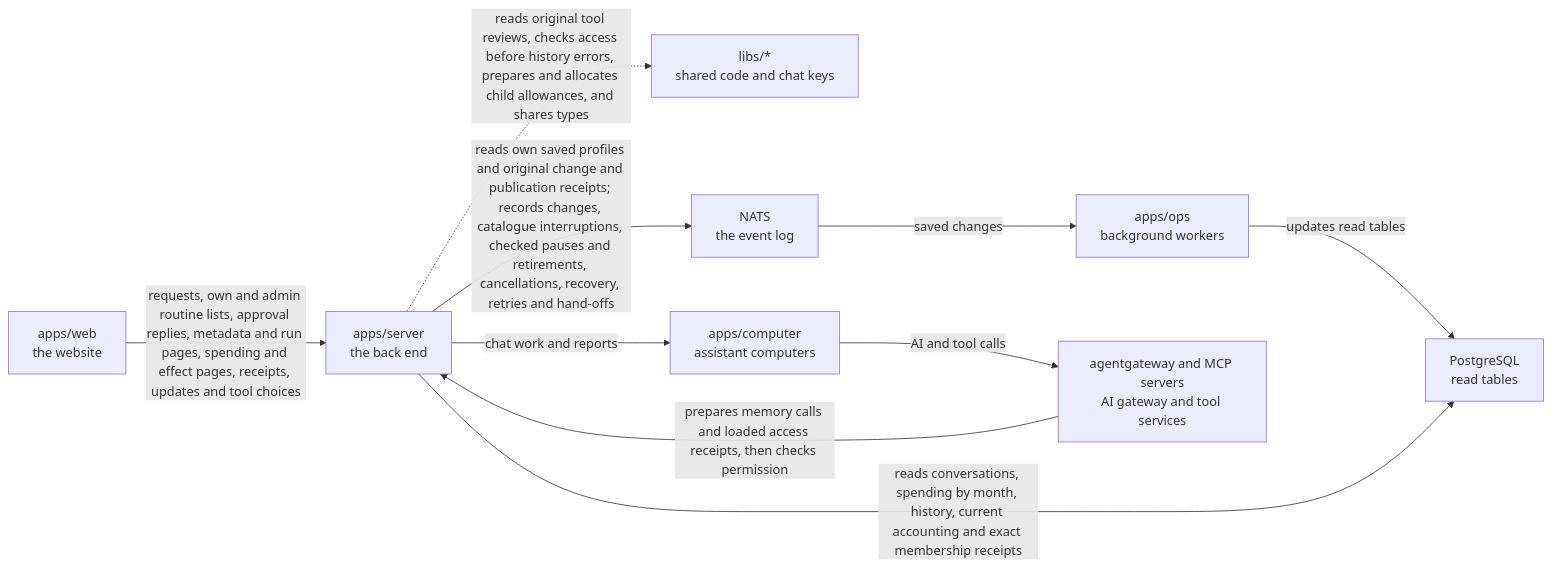
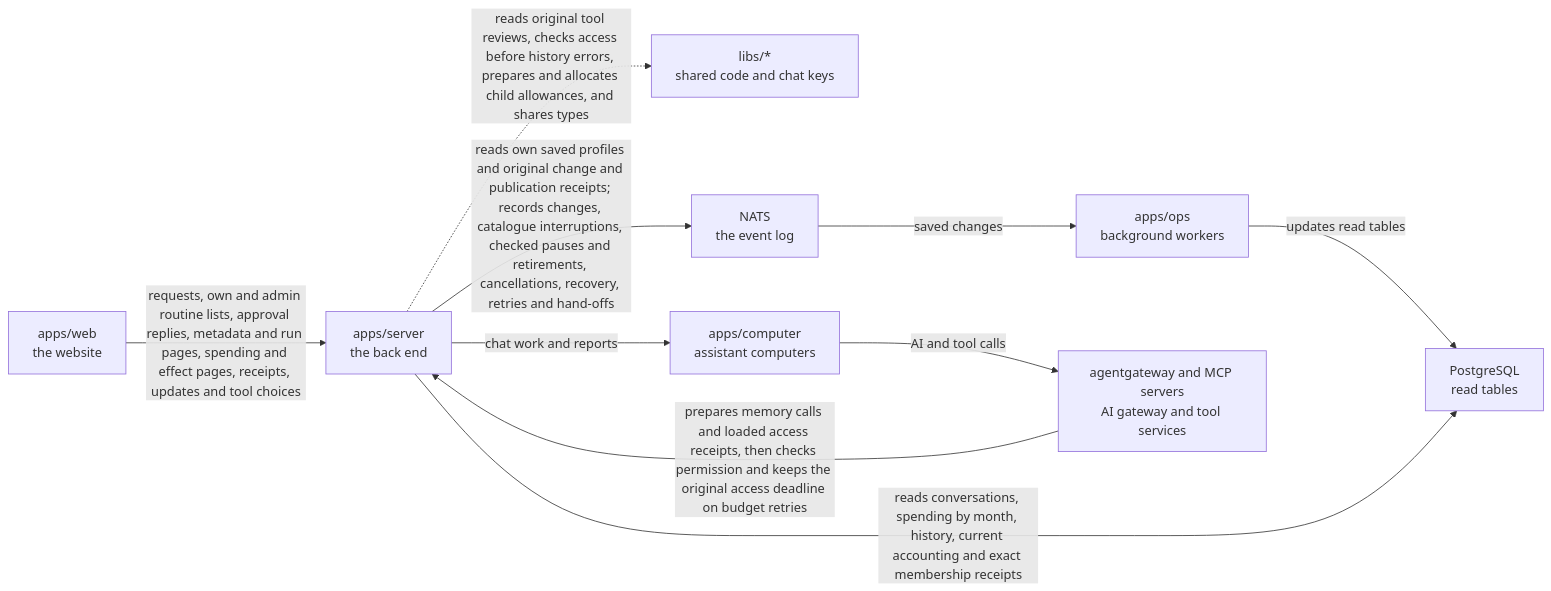
Before and after one commit to elewa-git/opencrane-new: the diagram in apps/server/README.md, drawn with Mermaid. The commit also changed other lines of this file and 5 other files, not shown here.

````diff
--- a/apps/server/README.md
+++ b/apps/server/README.md
@@ -60,12 +60,12 @@
 ```mermaid
 flowchart LR
   web["apps/web<br/>the website"] -->|requests, own and admin routine lists, approval replies, metadata and run pages, spending and effect pages, receipts, updates and tool choices| server["apps/server<br/>the back end"]
   server -.->|reads original tool reviews, checks access before history errors, prepares and allocates child allowances, and shares types| libs["libs/*<br/>shared code and chat keys"]
   server -->|reads own saved profiles and original change and publication receipts; records changes, catalogue interruptions, checked pauses and retirements, cancellations, recovery, retries and hand-offs| nats["NATS<br/>the event log"]
   nats -->|saved changes| ops["apps/ops<br/>background workers"]
   ops -->|updates read tables| postgres["PostgreSQL<br/>read tables"]
   server -->|reads conversations, spending by month, history, current accounting and exact membership receipts| postgres
   server -->|chat work and reports| computer["apps/computer<br/>assistant computers"]
   computer -->|AI and tool calls| runtime["agentgateway and MCP servers<br/>AI gateway and tool services"]
-  runtime -->|prepares memory calls and loaded access receipts, then checks permission| server
+  runtime -->|prepares memory calls and loaded access receipts, then checks permission and keeps the original access deadline on budget retries| server
 ```
````
